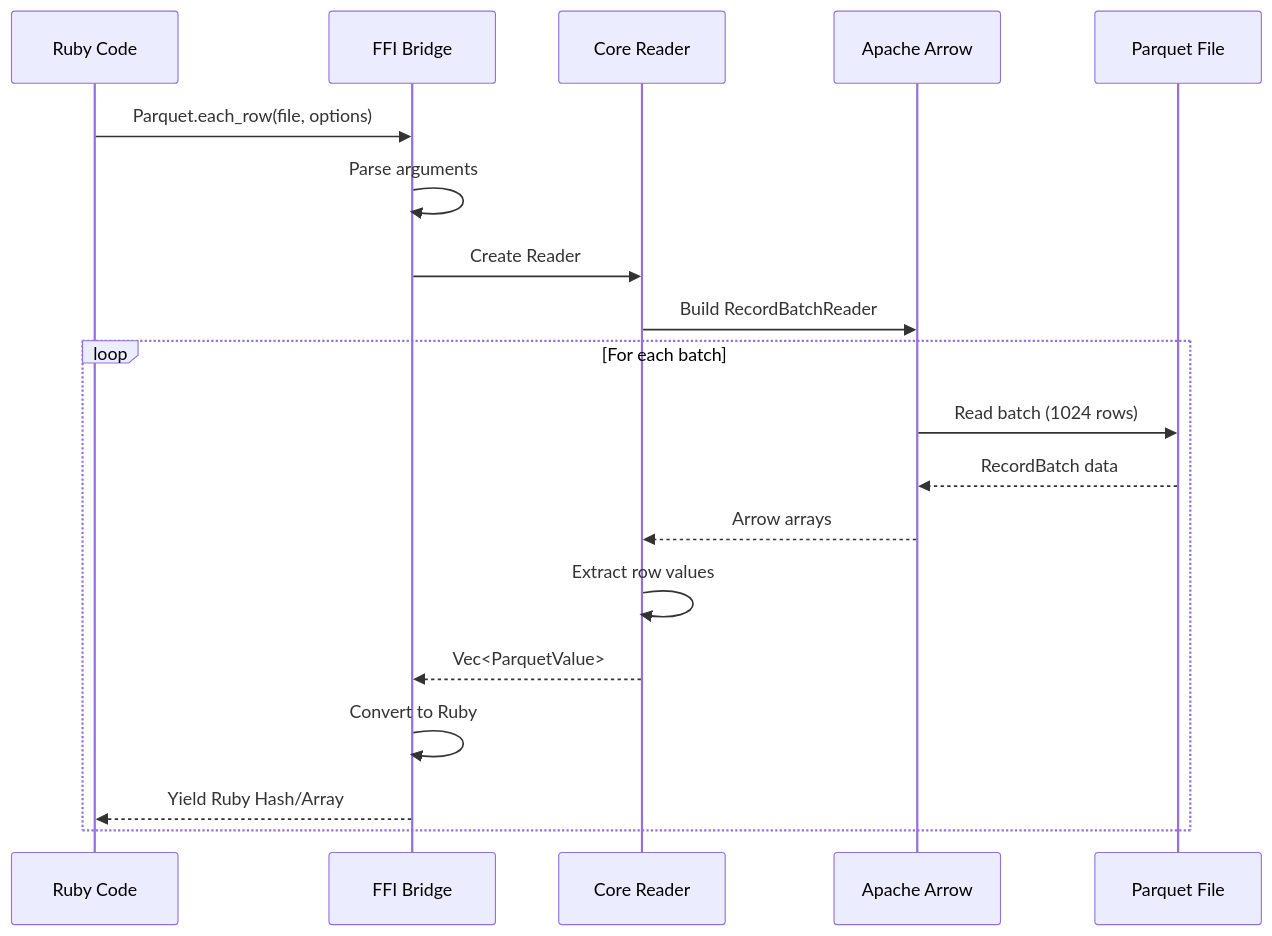
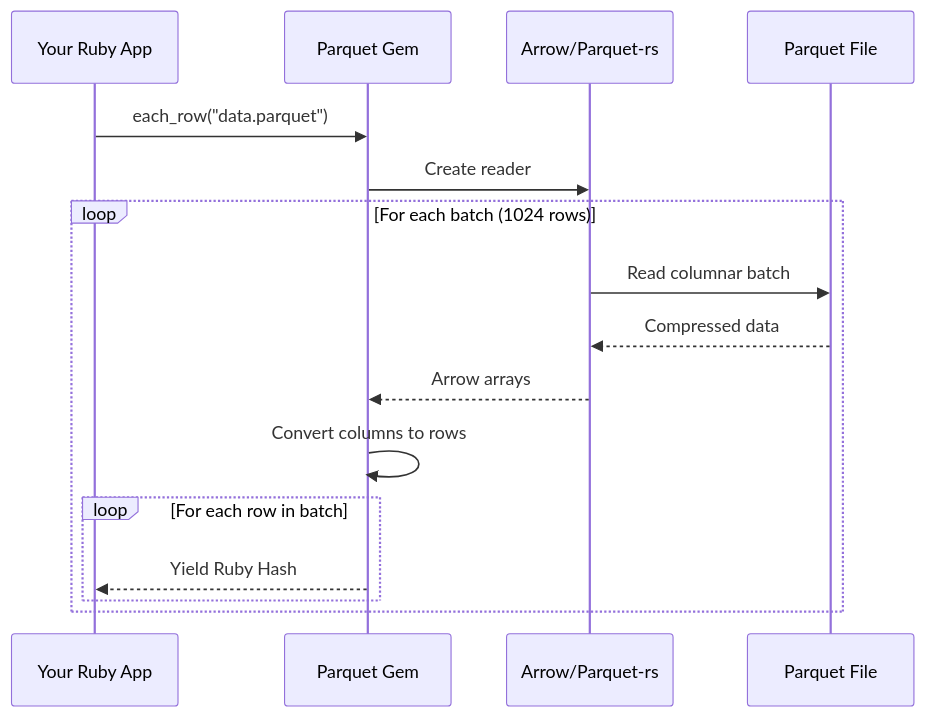
One commit to njaremko/parquet-ruby changed the fourth of 6 diagrams in ARCH.md. Above: the diagram before and after it, drawn with Mermaid. The commit also changed other lines of this file and 1 other file, not shown here.

````diff
--- a/ARCH.md
+++ b/ARCH.md
@@ -140,23 +236,20 @@
 ```mermaid
 sequenceDiagram
-    participant Ruby as Ruby Code
-    participant FFI as FFI Bridge
-    participant Core as Core Reader
-    participant Arrow as Apache Arrow
+    participant App as Your Ruby App
+    participant Gem as Parquet Gem
+    participant Arrow as Arrow/Parquet-rs
     participant File as Parquet File
 
-    Ruby->>FFI: Parquet.each_row(file, options)
-    FFI->>FFI: Parse arguments
-    FFI->>Core: Create Reader
-    Core->>Arrow: Build RecordBatchReader
+    App->>Gem: each_row("data.parquet")
+    Gem->>Arrow: Create reader
 
-    loop For each batch
-        Arrow->>File: Read batch (1024 rows)
-        File-->>Arrow: RecordBatch data
-        Arrow-->>Core: Arrow arrays
-        Core->>Core: Extract row values
-        Core-->>FFI: Vec<ParquetValue>
-        FFI->>FFI: Convert to Ruby
-        FFI-->>Ruby: Yield Ruby Hash/Array
+    loop For each batch (1024 rows)
+        Arrow->>File: Read columnar batch
+        File-->>Arrow: Compressed data
+        Arrow-->>Gem: Arrow arrays
+        Gem->>Gem: Convert columns to rows
+        loop For each row in batch
+            Gem-->>App: Yield Ruby Hash
+        end
     end
 ```
````
